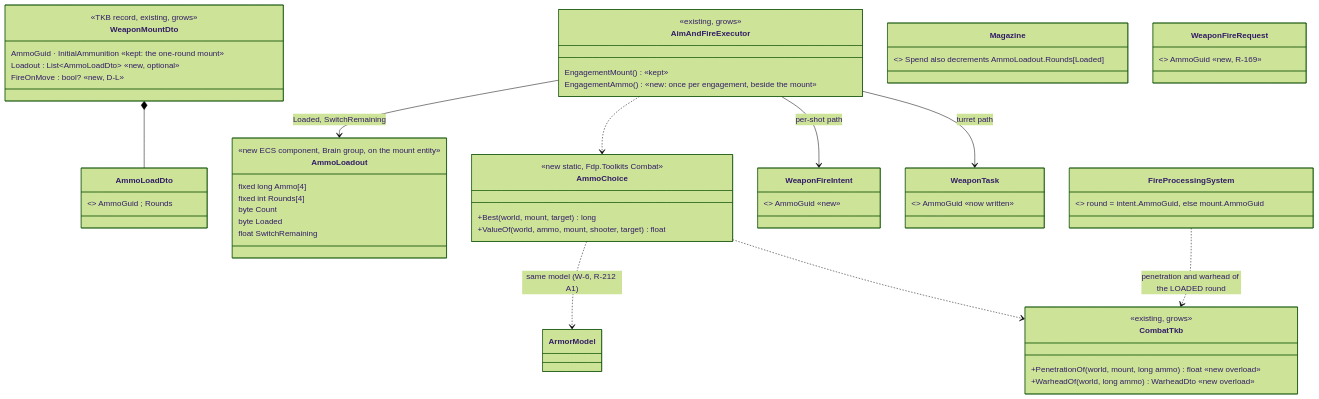
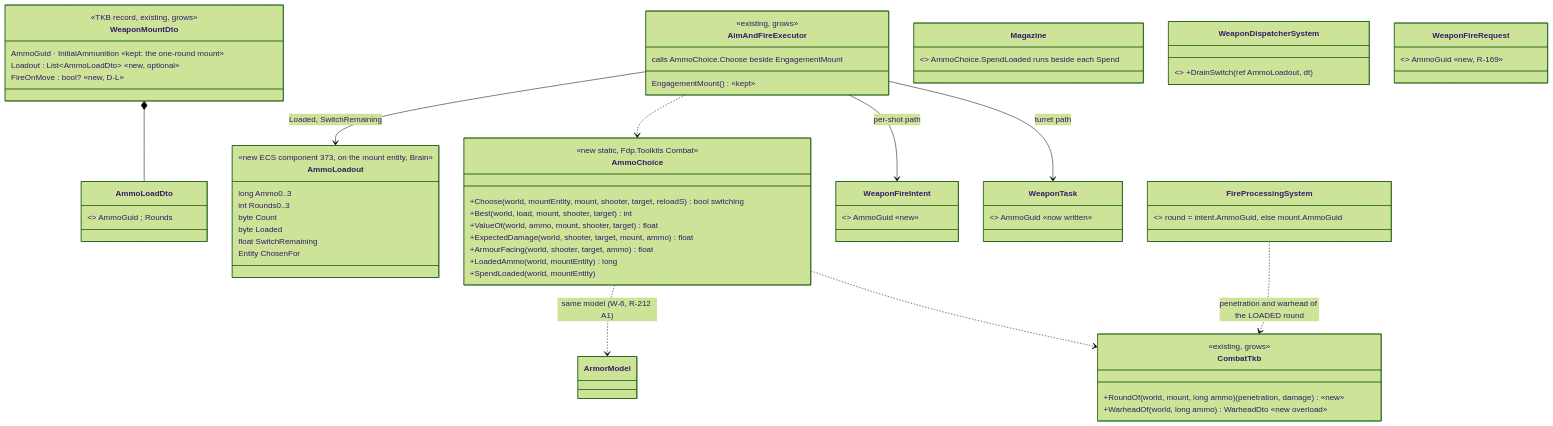
One commit to pjanec/HROT changed the first of 5 diagrams in docs/designs/vehicle-tactics/DESIGN_Missiles_And_Ammo.md. Above: the diagram before and after it, drawn with Mermaid (forest theme). The commit also changed other lines of this file and 24 other files, not shown here.

First line of the commit message:
B6 (M8) done: ammo loadout and the weapon brain's round choice

````diff
--- a/docs/designs/vehicle-tactics/DESIGN_Missiles_And_Ammo.md
+++ b/docs/designs/vehicle-tactics/DESIGN_Missiles_And_Ammo.md
@@ -53,46 +53,53 @@
 ```mermaid
 classDiagram
   class WeaponMountDto {
     <<TKB record, existing, grows>>
     AmmoGuid · InitialAmmunition  «kept: the one-round mount»
     Loadout : List~AmmoLoadDto~  «new, optional»
     FireOnMove : bool?  «new, D-L»
   }
   class AmmoLoadDto { <<new TKB record>> AmmoGuid ; Rounds }
   class AmmoLoadout {
-    <<new ECS component, Brain group, on the mount entity>>
-    fixed long Ammo[4]
-    fixed int Rounds[4]
+    <<new ECS component 373, on the mount entity, Brain>>
+    long Ammo0..3
+    int Rounds0..3
     byte Count
     byte Loaded
     float SwitchRemaining
+    Entity ChosenFor
   }
   class AmmoChoice {
     <<new static, Fdp.Toolkits Combat>>
-    +Best(world, mount, target) long
+    +Choose(world, mountEntity, mount, shooter, target, reloadS) bool switching
+    +Best(world, load, mount, shooter, target) int
     +ValueOf(world, ammo, mount, shooter, target) float
+    +ExpectedDamage(world, shooter, target, mount, ammo) float
+    +ArmourFacing(world, shooter, target, ammo) float
+    +LoadedAmmo(world, mountEntity) long
+    +SpendLoaded(world, mountEntity)
   }
   class AimAndFireExecutor {
     <<existing, grows>>
     EngagementMount()  «kept»
-    EngagementAmmo()  «new: once per engagement, beside the mount»
+    calls AmmoChoice.Choose beside EngagementMount
   }
-  class Magazine { <<existing, grows>> Spend also decrements AmmoLoadout.Rounds[Loaded] }
+  class Magazine { <<existing, unchanged>> AmmoChoice.SpendLoaded runs beside each Spend }
+  class WeaponDispatcherSystem { <<existing, grows>> +DrainSwitch(ref AmmoLoadout, dt) }
   class CombatTkb {
     <<existing, grows>>
-    +PenetrationOf(world, mount, long ammo) float  «new overload»
+    +RoundOf(world, mount, long ammo) (penetration, damage)  «new»
     +WarheadOf(world, long ammo) WarheadDto  «new overload»
   }
   class WeaponFireIntent { <<event, existing, grows>> AmmoGuid «new» }
   class WeaponFireRequest { <<DDS, existing, grows>> AmmoGuid «new, R-169» }
   class WeaponTask { <<existing>> AmmoGuid «now written» }
   class FireProcessingSystem { <<existing>> round = intent.AmmoGuid, else mount.AmmoGuid }
   WeaponMountDto *-- AmmoLoadDto
   AimAndFireExecutor ..> AmmoChoice
   AmmoChoice ..> ArmorModel : same model (W-6, R-212 A1)
   AmmoChoice ..> CombatTkb
   AimAndFireExecutor --> AmmoLoadout : Loaded, SwitchRemaining
   AimAndFireExecutor --> WeaponTask : turret path
   AimAndFireExecutor --> WeaponFireIntent : per-shot path
   FireProcessingSystem ..> CombatTkb : penetration and warhead of the LOADED round
 ```
````
